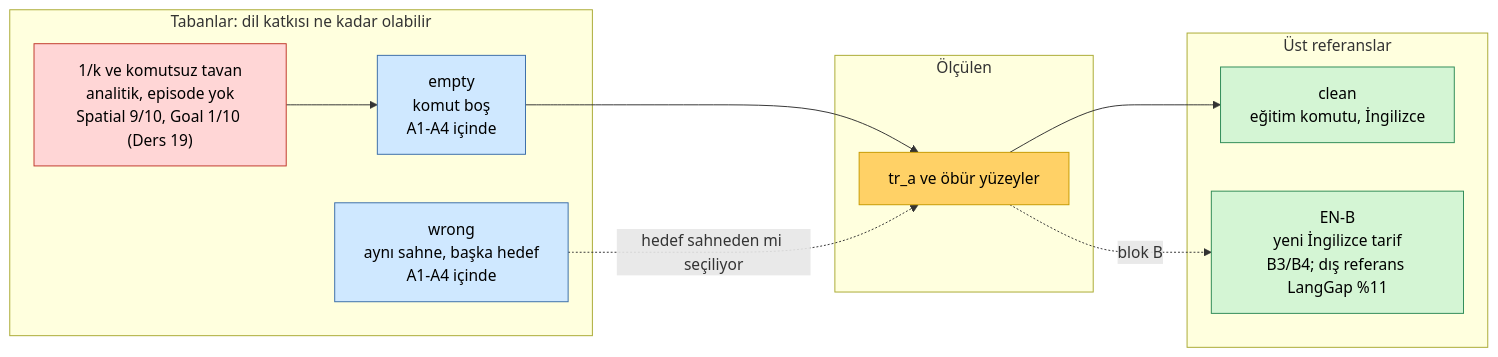
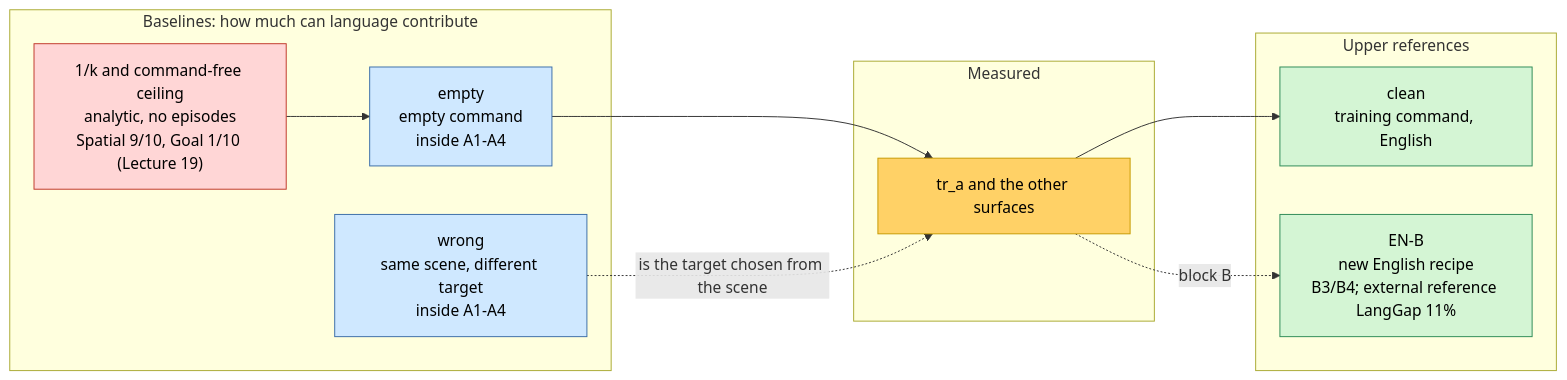
Before and after one commit to mesutd0nmez/vla-robot-learning-tr: the diagram in lectures/images/lecture-28/01-baseline-ladder.mmd, drawn with Mermaid. The commit also changed 430 other files, not shown here.

```diff
--- a/lectures/images/lecture-28/01-baseline-ladder.mmd
+++ b/lectures/images/lecture-28/01-baseline-ladder.mmd
@@ -1,20 +1,20 @@
 flowchart LR
-  subgraph TABAN["Tabanlar: dil katkısı ne kadar olabilir"]
-    K["1/k ve komutsuz tavan<br/>analitik, episode yok<br/>Spatial 9/10, Goal 1/10 (Ders 19)"]:::prob
-    E["empty<br/>komut boş<br/>A1-A4 içinde"]:::in
-    W["wrong<br/>aynı sahne, başka hedef<br/>A1-A4 içinde"]:::in
+  subgraph TABAN["Baselines: how much can language contribute"]
+    K["1/k and command-free ceiling<br/>analytic, no episodes<br/>Spatial 9/10, Goal 1/10 (Lecture 19)"]:::prob
+    E["empty<br/>empty command<br/>inside A1-A4"]:::in
+    W["wrong<br/>same scene, different target<br/>inside A1-A4"]:::in
   end
-  subgraph HEDEF["Ölçülen"]
-    T["tr_a ve öbür yüzeyler"]:::key
+  subgraph HEDEF["Measured"]
+    T["tr_a and the other surfaces"]:::key
   end
-  subgraph TAVAN["Üst referanslar"]
-    C["clean<br/>eğitim komutu, İngilizce"]:::out
-    EB["EN-B<br/>yeni İngilizce tarif<br/>B3/B4; dış referans LangGap %11"]:::out
+  subgraph TAVAN["Upper references"]
+    C["clean<br/>training command, English"]:::out
+    EB["EN-B<br/>new English recipe<br/>B3/B4; external reference LangGap 11%"]:::out
   end
   K --> E --> T --> C
-  W -. "hedef sahneden mi seçiliyor" .-> T
-  T -. "blok B" .-> EB
+  W -. "is the target chosen from the scene" .-> T
+  T -. "block B" .-> EB
   classDef key fill:#ffd166,stroke:#c79a00,color:#000
   classDef in fill:#cfe8ff,stroke:#3b6ea8,color:#000
   classDef out fill:#d4f5d4,stroke:#2e8b57,color:#000
   classDef prob fill:#ffd6d6,stroke:#c0392b,color:#000
```
